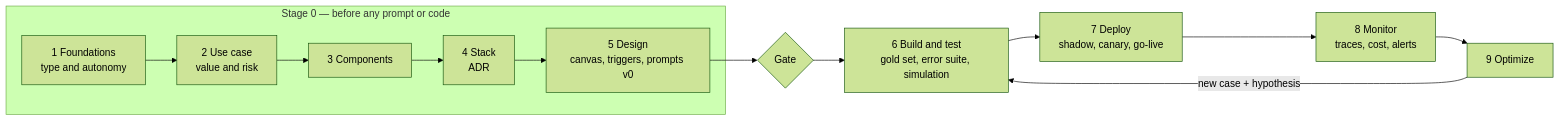
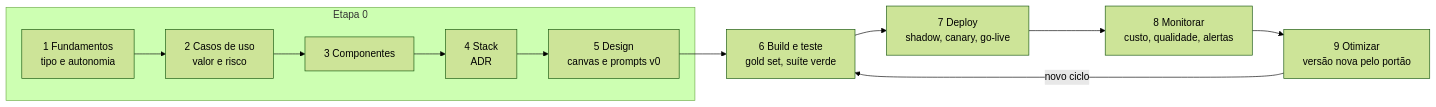
Before and after one commit to mathpr9-code/mp-ai-platform: the second of 2 diagrams in README.md, drawn with Mermaid (forest theme). The commit also changed other lines of this file and 55 other files, not shown here.

````diff
--- a/README.md
+++ b/README.md
@@ -177,13 +115,11 @@
 ```mermaid
 flowchart LR
-  subgraph S0["Stage 0 — before any prompt or code"]
-    P1[1 Foundations<br/>type and autonomy] --> P2[2 Use case<br/>value and risk]
-    P2 --> P3[3 Components] --> P4[4 Stack<br/>ADR] --> P5[5 Design<br/>canvas, triggers, prompts v0]
+  subgraph E0[Etapa 0]
+    F1[1 Fundamentos<br/>tipo e autonomia] --> F2[2 Casos de uso<br/>valor e risco] --> F3[3 Componentes] --> F4[4 Stack<br/>ADR] --> F5[5 Design<br/>canvas e prompts v0]
   end
-  P5 --> G{Gate}
-  G --> P6[6 Build and test<br/>gold set, error suite, simulation]
-  P6 --> P7[7 Deploy<br/>shadow, canary, go-live]
-  P7 --> P8[8 Monitor<br/>traces, cost, alerts]
-  P8 --> P9[9 Optimize]
-  P9 -->|new case + hypothesis| P6
+  F5 --> F6[6 Build e teste<br/>gold set, suíte verde]
+  F6 --> F7[7 Deploy<br/>shadow, canary, go-live]
+  F7 --> F8[8 Monitorar<br/>custo, qualidade, alertas]
+  F8 --> F9[9 Otimizar<br/>versão nova pelo portão]
+  F9 -->|novo ciclo| F6
 ```
````
